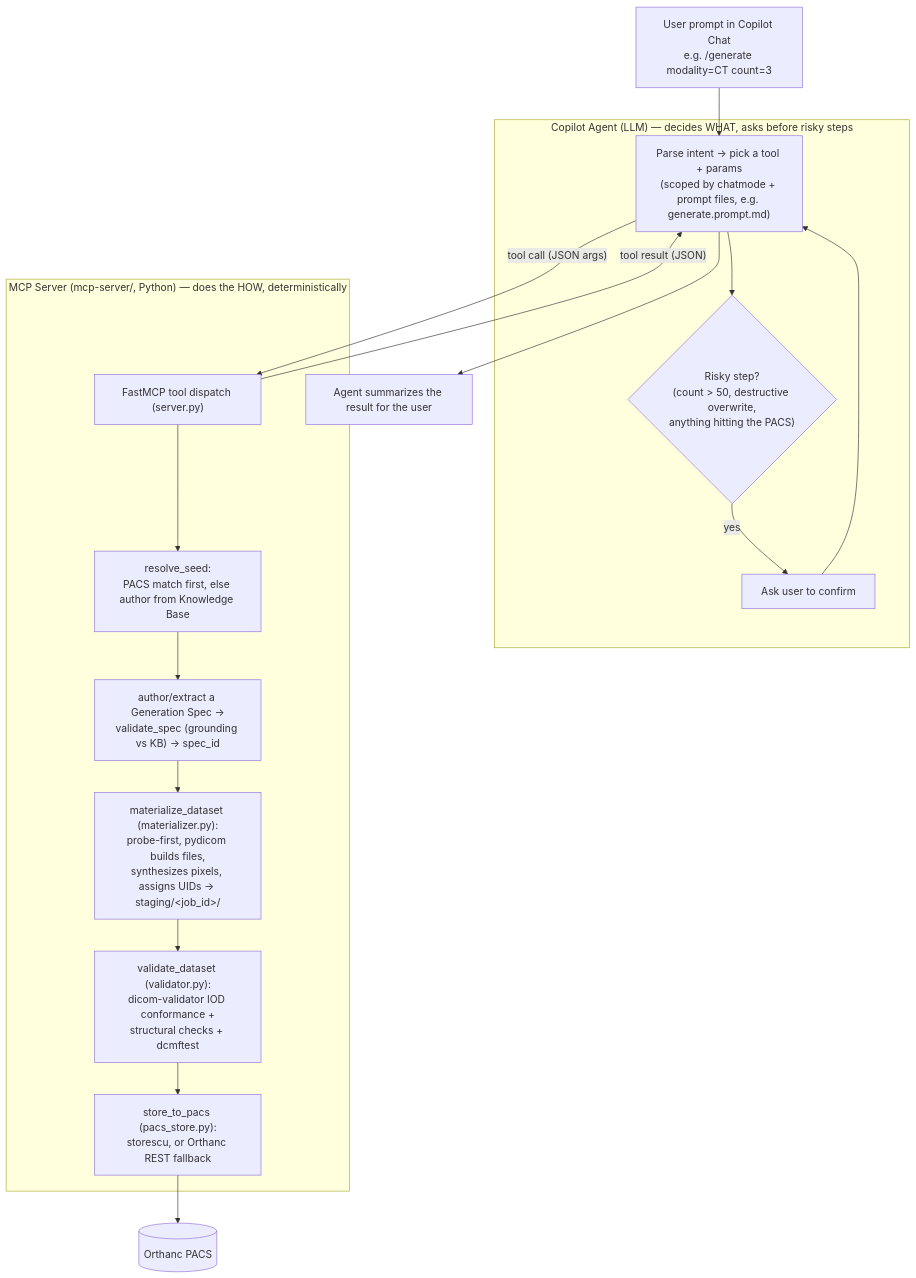
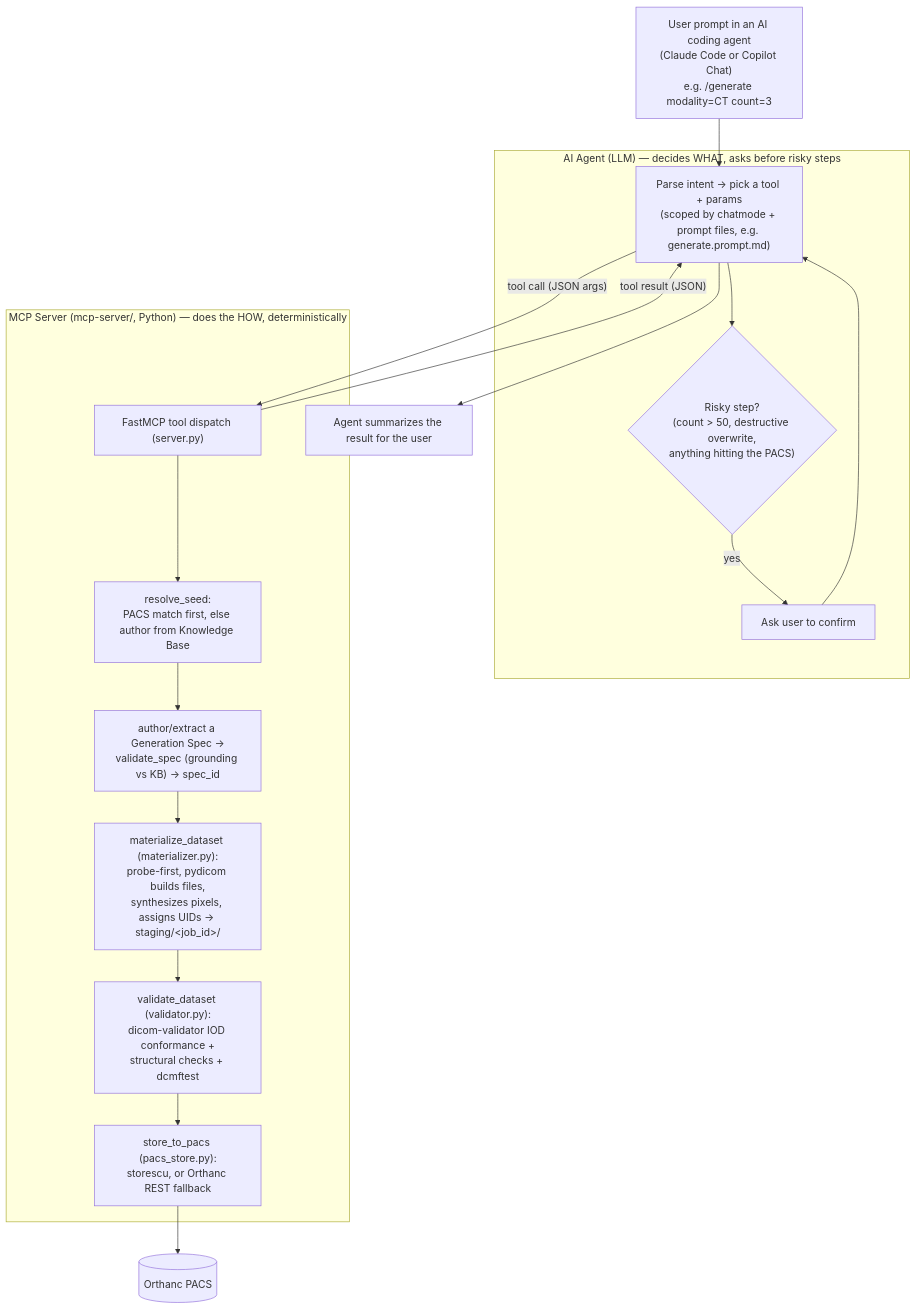
Before and after one commit to CT-Hackcelerate/PixelAtlas: the diagram in README.md, drawn with Mermaid. The commit also changed other lines of this file and 70 other files, not shown here.

````diff
--- a/README.md
+++ b/README.md
@@ -11,25 +13,25 @@
 ```mermaid
 flowchart TD
-    U["User prompt in Copilot Chat<br/>e.g. /generate modality=CT count=3"] --> A
+    U["User prompt in an AI coding agent<br/>(Claude Code or Copilot Chat)<br/>e.g. /generate modality=CT count=3"] --> A
 
-    subgraph Agent["Copilot Agent (LLM) — decides WHAT, asks before risky steps"]
+    subgraph Agent["AI Agent (LLM) — decides WHAT, asks before risky steps"]
         A["Parse intent → pick a tool + params<br/>(scoped by chatmode + prompt files, e.g. generate.prompt.md)"]
         A --> Cfm{"Risky step?<br/>(count &gt; 50, destructive overwrite,<br/>anything hitting the PACS)"}
         Cfm -- yes --> Ask["Ask user to confirm"] --> A
     end
 
     A -- "tool call (JSON args)" --> M
 
     subgraph MCP["MCP Server (mcp-server/, Python) — does the HOW, deterministically"]
         M["FastMCP tool dispatch (server.py)"]
         M --> Seed["resolve_seed:<br/>PACS match first, else author from Knowledge Base"]
         Seed --> Spec["author/extract a Generation Spec →<br/>validate_spec (grounding vs KB) → spec_id"]
         Spec --> Gen["materialize_dataset (materializer.py):<br/>probe-first, pydicom builds files,<br/>synthesizes pixels, assigns UIDs → staging/&lt;job_id&gt;/"]
         Gen --> Val["validate_dataset (validator.py):<br/>dicom-validator IOD conformance +<br/>structural checks + dcmftest"]
         Val --> St["store_to_pacs (pacs_store.py):<br/>storescu, or Orthanc REST fallback"]
     end
 
     St --> Orthanc[("Orthanc PACS")]
     M -- "tool result (JSON)" --> A
     A --> Out["Agent summarizes the result for the user"]
 ```
````
